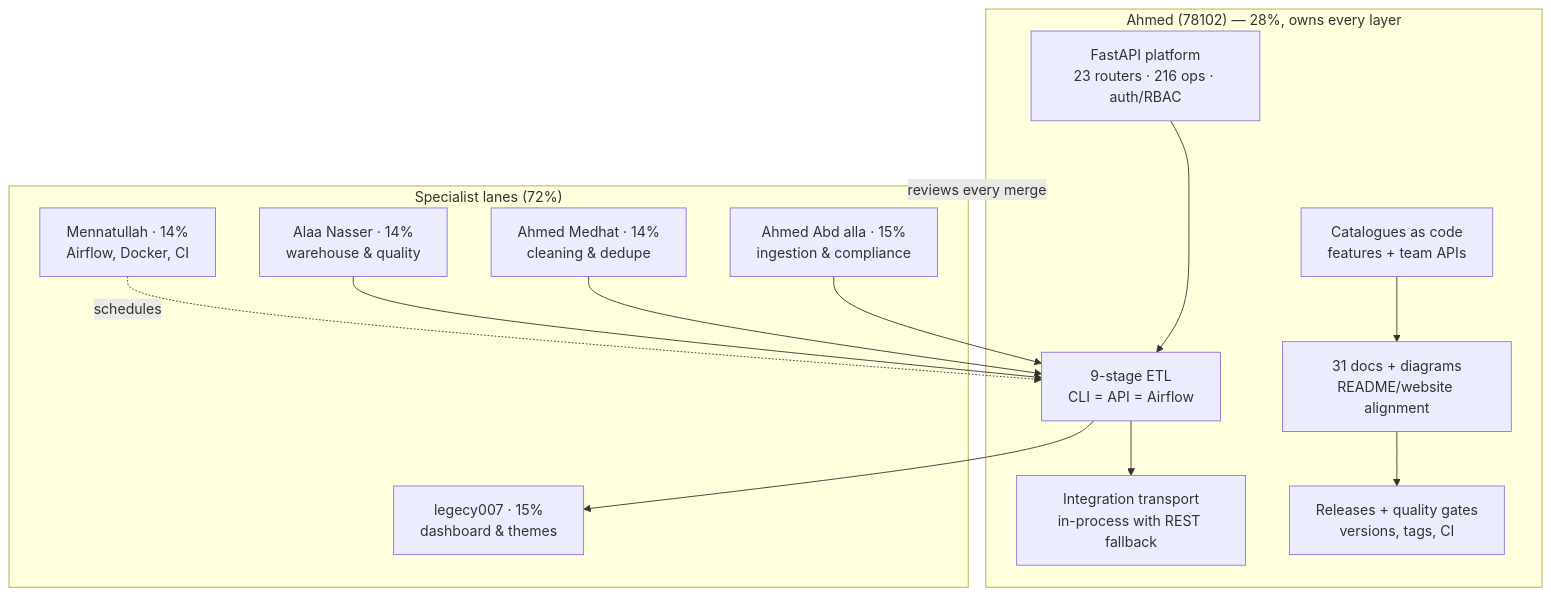
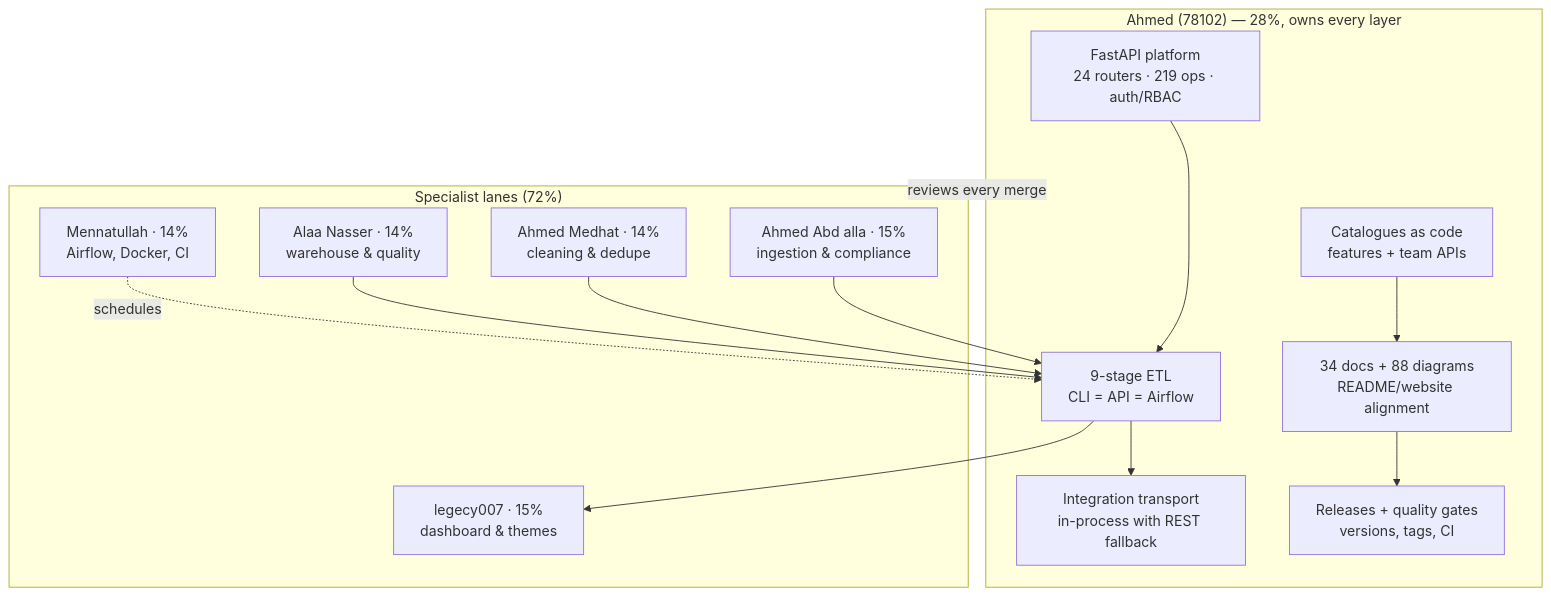
One commit to Ahmedbakr78/Web-to-Warehouse-Product-Intelligence-Pipeline changed the diagram in docs/00_team.md. Above: the diagram before and after it, drawn with Mermaid. The commit also changed other lines of this file and 187 other files, not shown here.

````diff
--- a/docs/00_team.md
+++ b/docs/00_team.md
@@ -21,24 +21,24 @@
 ```mermaid
 flowchart TB
     subgraph Lead["Ahmed (78102) — 28%, owns every layer"]
-        API["FastAPI platform<br/>23 routers · 216 ops · auth/RBAC"]
+        API["FastAPI platform<br/>24 routers · 219 ops · auth/RBAC"]
         ETL["9-stage ETL<br/>CLI = API = Airflow"]
         INT["Integration transport<br/>in-process with REST fallback"]
         CAT["Catalogues as code<br/>features + team APIs"]
-        DOCS["31 docs + diagrams<br/>README/website alignment"]
+        DOCS["34 docs + 88 diagrams<br/>README/website alignment"]
         REL["Releases + quality gates<br/>versions, tags, CI"]
         API --> ETL --> INT
         CAT --> DOCS --> REL
     end
     subgraph Crew["Specialist lanes (72%)"]
         ING["Ahmed Abd alla · 15%<br/>ingestion & compliance"]
         CLN["Ahmed Medhat · 14%<br/>cleaning & dedupe"]
         DB["Alaa Nasser · 14%<br/>warehouse & quality"]
         FE["legecy007 · 15%<br/>dashboard & themes"]
         OPS["Mennatullah · 14%<br/>Airflow, Docker, CI"]
     end
     ING & CLN & DB --> ETL
     ETL --> FE
     OPS -.schedules.-> ETL
     Lead -.reviews every merge.-> Crew
 ```
````
